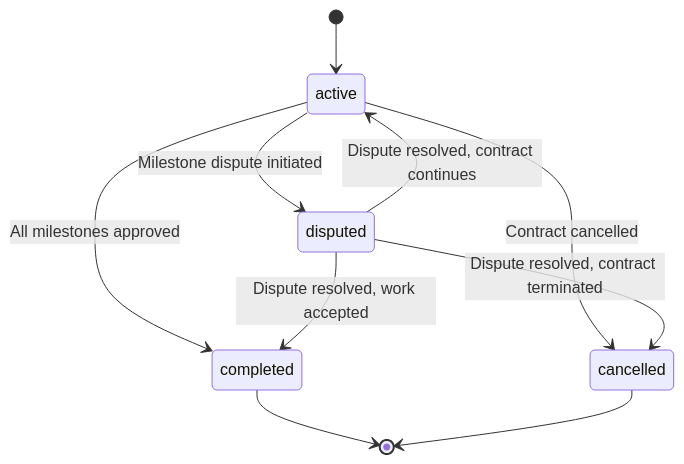
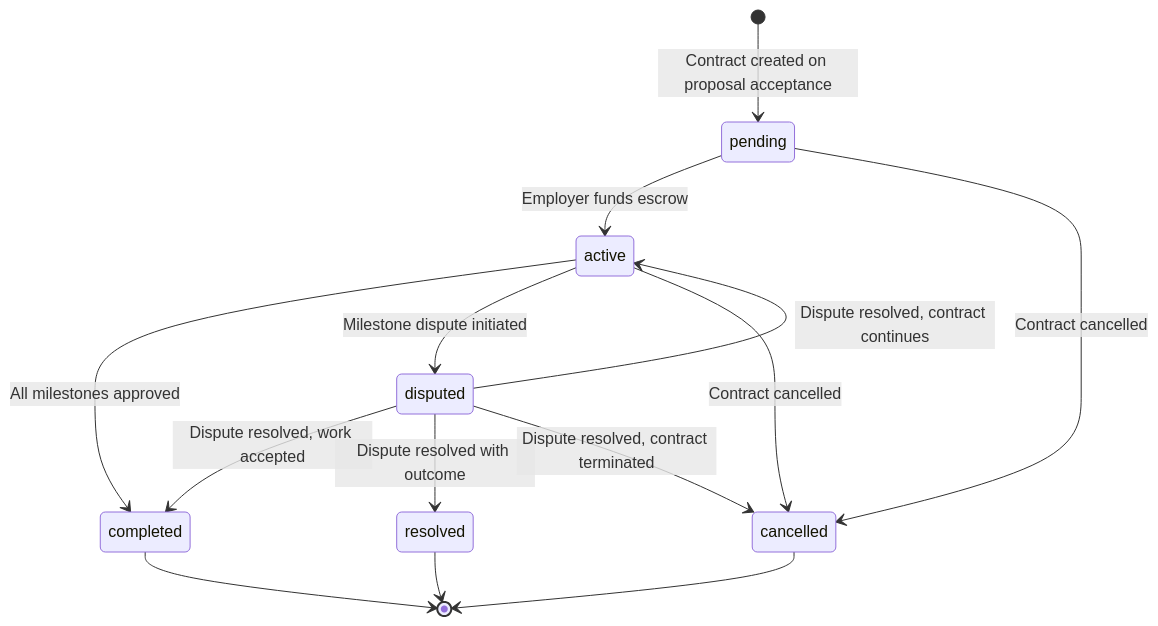
The first of 3 diagrams in docs/api/contracts.md (ProTechPh/FreelanceXchain-api), drawn with Mermaid before and after one commit. The commit also changed other lines of this file and 17 other files, not shown here.

````diff
--- a/docs/api/contracts.md
+++ b/docs/api/contracts.md
@@ -131,12 +317,16 @@
 ```mermaid
 stateDiagram-v2
-[*] --> active
+[*] --> pending : Contract created on proposal acceptance
+pending --> active : Employer funds escrow
+pending --> cancelled : Contract cancelled
 active --> completed : All milestones approved
 active --> disputed : Milestone dispute initiated
 active --> cancelled : Contract cancelled
 disputed --> active : Dispute resolved, contract continues
 disputed --> completed : Dispute resolved, work accepted
+disputed --> resolved : Dispute resolved with outcome
 disputed --> cancelled : Dispute resolved, contract terminated
 completed --> [*]
+resolved --> [*]
 cancelled --> [*]
 ```
````
